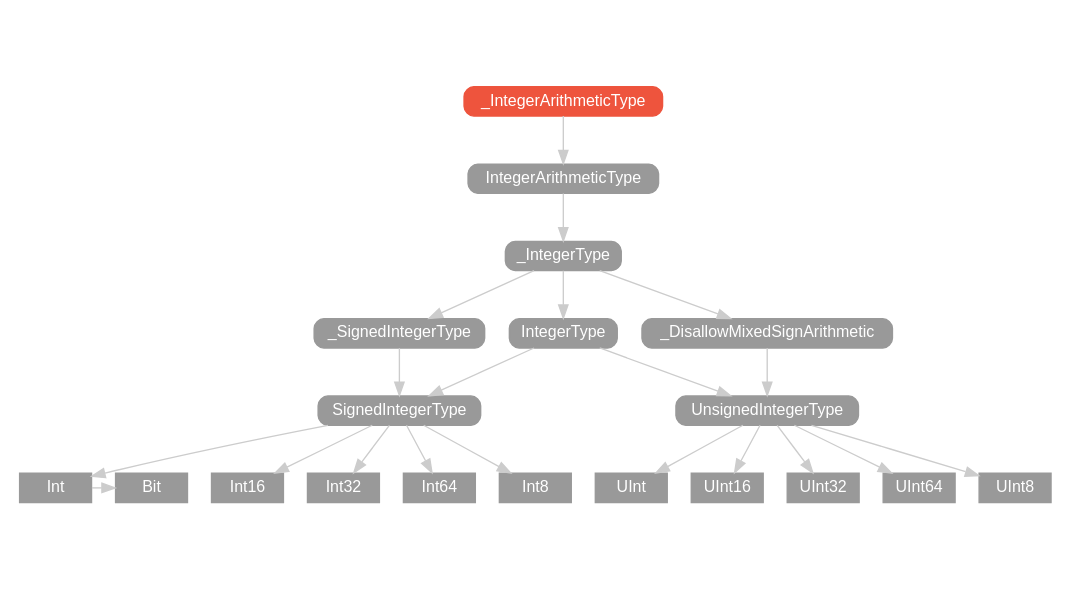
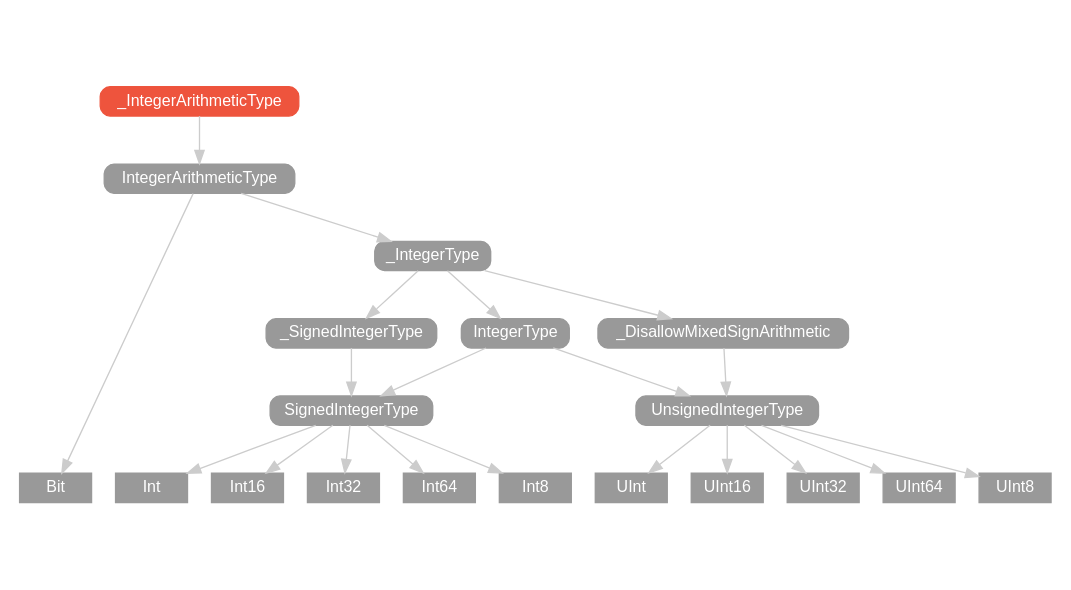
One commit to SwiftDoc/SwiftDoc.github.io changed the diagram in v2.1/protocol/_IntegerArithmeticType/hierarchy/index.dot. Above: the diagram before and after it, drawn with Graphviz. The commit also changed 50 other files, not shown here.

```diff
--- a/v2.1/protocol/_IntegerArithmeticType/hierarchy/index.dot
+++ b/v2.1/protocol/_IntegerArithmeticType/hierarchy/index.dot
@@ -1,57 +1,56 @@
 strict digraph "_IntegerArithmeticType - Type Hierarchy - SwiftDoc.org" {
     pad="0.1,0.8"
     node [shape=box, style="filled,rounded", color="#999999", fillcolor="#999999", fontcolor=white, fontname=Helvetica, fontnames="Helvetica,sansserif", fontsize=12, margin="0.07,0.05", height="0.3"]
     edge [color="#cccccc"]
     "Bit" [URL="/type/Bit/hierarchy/", style=filled]
     "Int" [URL="/type/Int/hierarchy/", style=filled]
     "Int16" [URL="/type/Int16/hierarchy/", style=filled]
     "Int32" [URL="/type/Int32/hierarchy/", style=filled]
     "Int64" [URL="/type/Int64/hierarchy/", style=filled]
     "Int8" [URL="/type/Int8/hierarchy/", style=filled]
     "IntegerArithmeticType" [URL="/protocol/IntegerArithmeticType/hierarchy/"]
     "IntegerType" [URL="/protocol/IntegerType/hierarchy/"]
     "SignedIntegerType" [URL="/protocol/SignedIntegerType/hierarchy/"]
     "UInt" [URL="/type/UInt/hierarchy/", style=filled]
     "UInt16" [URL="/type/UInt16/hierarchy/", style=filled]
     "UInt32" [URL="/type/UInt32/hierarchy/", style=filled]
     "UInt64" [URL="/type/UInt64/hierarchy/", style=filled]
     "UInt8" [URL="/type/UInt8/hierarchy/", style=filled]
     "UnsignedIntegerType" [URL="/protocol/UnsignedIntegerType/hierarchy/"]
     "_DisallowMixedSignArithmetic" [URL="/protocol/_DisallowMixedSignArithmetic/hierarchy/"]
     "_IntegerArithmeticType" [URL="/protocol/_IntegerArithmeticType/", style="filled,rounded", fillcolor="#ee543d", color="#ee543d"]
     "_IntegerType" [URL="/protocol/_IntegerType/hierarchy/"]
     "_SignedIntegerType" [URL="/protocol/_SignedIntegerType/hierarchy/"]    "_IntegerArithmeticType" -> "IntegerArithmeticType"
+    "IntegerArithmeticType" -> "Bit"
     "IntegerArithmeticType" -> "_IntegerType"
     "_IntegerType" -> "IntegerType"
     "_IntegerType" -> "_DisallowMixedSignArithmetic"
     "_IntegerType" -> "_SignedIntegerType"
     "IntegerType" -> "SignedIntegerType"
     "IntegerType" -> "UnsignedIntegerType"
     "SignedIntegerType" -> "Int"
     "SignedIntegerType" -> "Int16"
     "SignedIntegerType" -> "Int32"
     "SignedIntegerType" -> "Int64"
     "SignedIntegerType" -> "Int8"
-    "Int" -> "Bit"
     "UnsignedIntegerType" -> "UInt"
     "UnsignedIntegerType" -> "UInt16"
     "UnsignedIntegerType" -> "UInt32"
     "UnsignedIntegerType" -> "UInt64"
     "UnsignedIntegerType" -> "UInt8"
     "_DisallowMixedSignArithmetic" -> "UnsignedIntegerType"
     "UnsignedIntegerType" -> "UInt"
     "UnsignedIntegerType" -> "UInt16"
     "UnsignedIntegerType" -> "UInt32"
     "UnsignedIntegerType" -> "UInt64"
     "UnsignedIntegerType" -> "UInt8"
     "_SignedIntegerType" -> "SignedIntegerType"
     "SignedIntegerType" -> "Int"
     "SignedIntegerType" -> "Int16"
     "SignedIntegerType" -> "Int32"
     "SignedIntegerType" -> "Int64"
     "SignedIntegerType" -> "Int8"
-    "Int" -> "Bit"
     subgraph Types {
-        rank = max; "Int"; "Int16"; "Int32"; "Int64"; "Int8"; "Bit"; "UInt"; "UInt16"; "UInt32"; "UInt64"; "UInt8";
+        rank = max; "Bit"; "Int"; "Int16"; "Int32"; "Int64"; "Int8"; "UInt"; "UInt16"; "UInt32"; "UInt64"; "UInt8";
     }
 }
```
